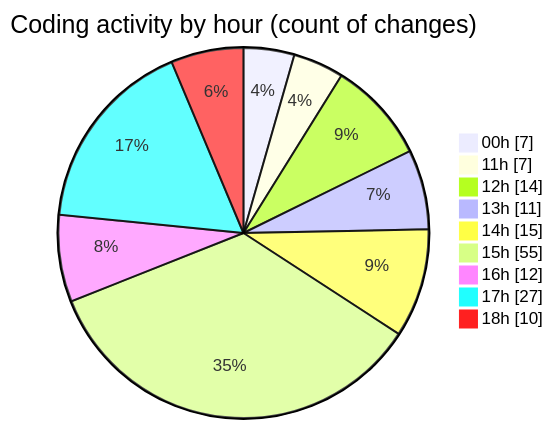
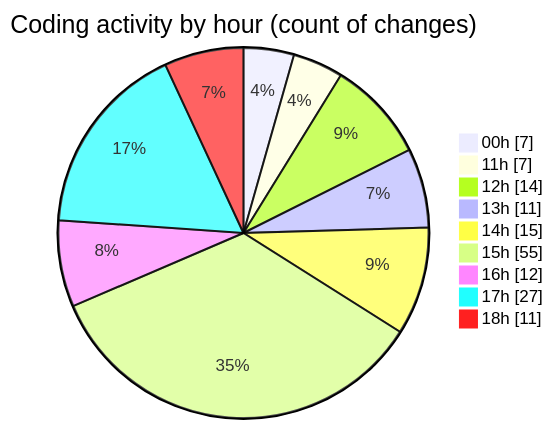
One commit to julien-gomy/code-tracking changed the second of 2 diagrams in 2025-10-08/eventscop-frontend-guide__workspace_/README.md. Above: the diagram before and after it, drawn with Mermaid. The commit also changed other lines of this file and 1 other file, not shown here.

````diff
--- a/2025-10-08/eventscop-frontend-guide__workspace_/README.md
+++ b/2025-10-08/eventscop-frontend-guide__workspace_/README.md
@@ -58,13 +58,13 @@
 ```mermaid
 pie showData
 title Coding activity by hour (count of changes)
 "00h" : 7
 "11h" : 7
 "12h" : 14
 "13h" : 11
 "14h" : 15
 "15h" : 55
 "16h" : 12
 "17h" : 27
-"18h" : 10
+"18h" : 11
 ```
````
